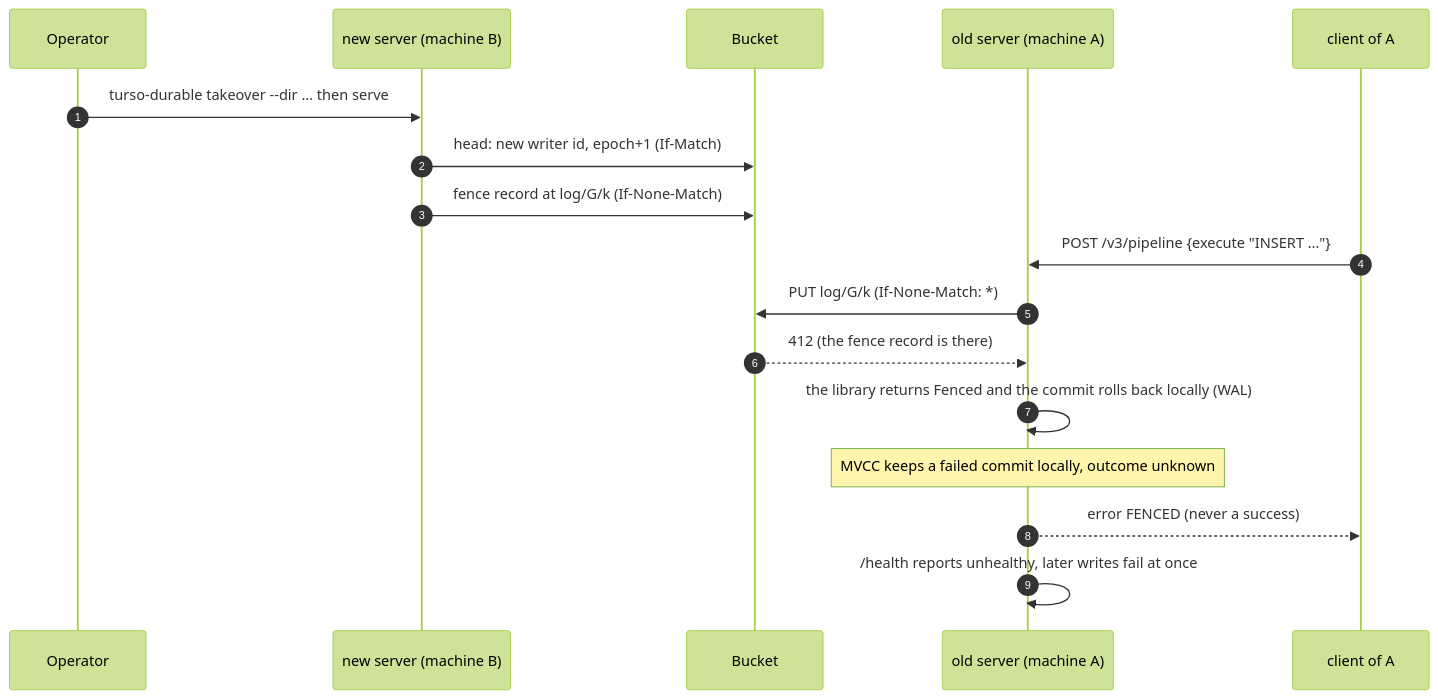
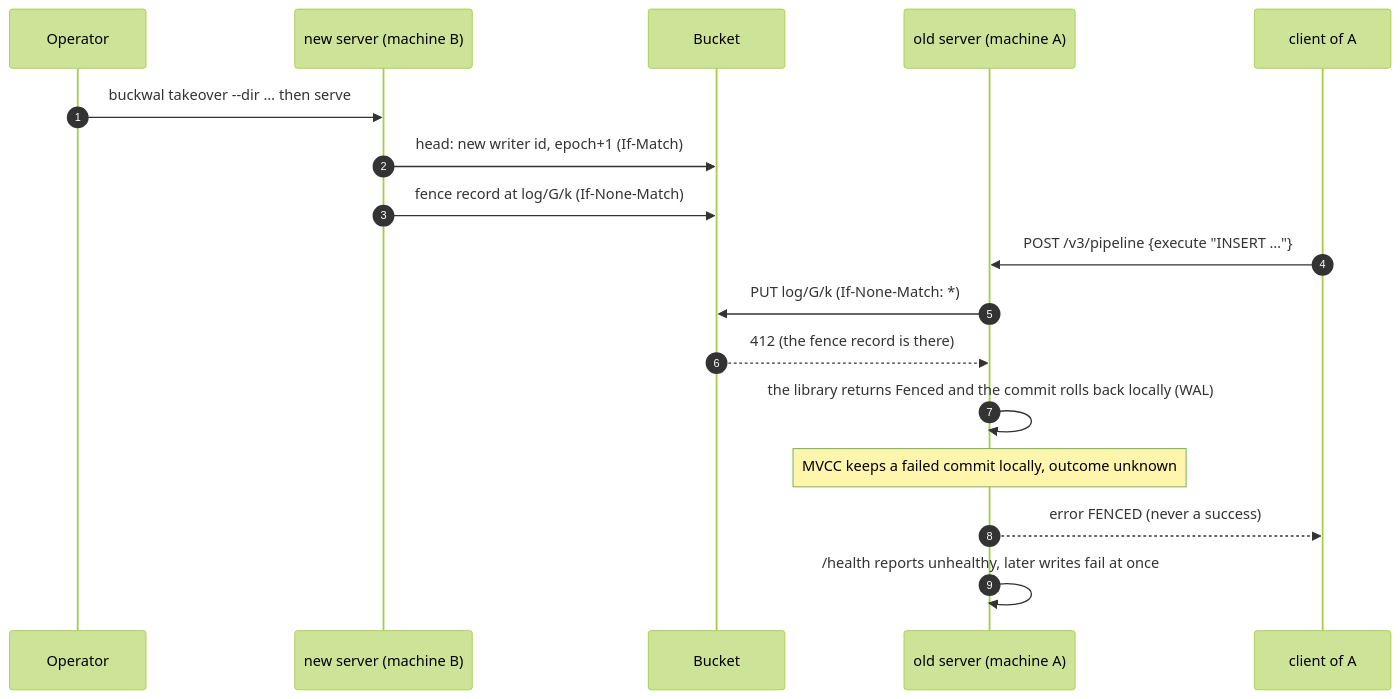
Before and after one commit to kahgeh/buckwal: the third of 3 diagrams in README.md, drawn with Mermaid (forest theme). The commit also changed other lines of this file and 7 other files, not shown here.

````diff
--- a/README.md
+++ b/README.md
@@ -607,19 +611,19 @@
 ```mermaid
 sequenceDiagram
   autonumber
   participant Op as Operator
   participant New as new server (machine B)
   participant B as Bucket
   participant Old as old server (machine A)
   participant C as client of A
-  Op->>New: turso-durable takeover --dir … then serve
+  Op->>New: buckwal takeover --dir … then serve
   New->>B: head: new writer id, epoch+1 (If-Match)
   New->>B: fence record at log/G/k (If-None-Match)
   C->>Old: POST /v3/pipeline {execute "INSERT …"}
   Old->>B: PUT log/G/k (If-None-Match: *)
   B-->>Old: 412 (the fence record is there)
   Old->>Old: the library returns Fenced and the commit rolls back locally (WAL)
   Note over Old: MVCC keeps a failed commit locally, outcome unknown
   Old-->>C: error FENCED (never a success)
   Old->>Old: /health reports unhealthy, later writes fail at once
 ```
````
